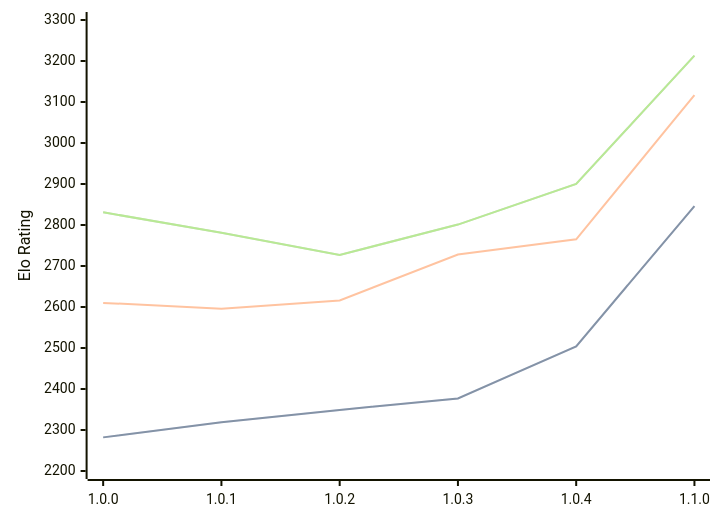
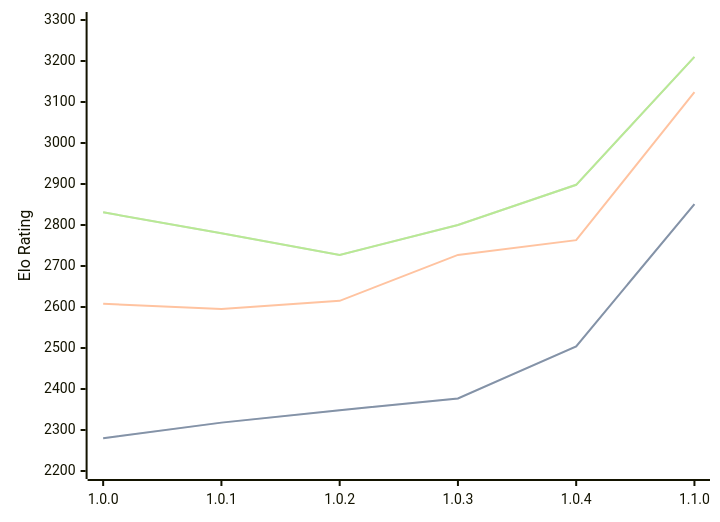
The diagram in engines/Grail.md (computer-chess-index/cci), drawn with Mermaid before and after one commit. The commit also changed other lines of this file, not shown here.

Commit message:
Update CCI Ratings (ELO VLTC) - 2026-03-08

````diff
--- a/engines/Grail.md
+++ b/engines/Grail.md
@@ -34,11 +34,11 @@
 ```mermaid
 %%{init: {"theme":"base","themeVariables":{"seriesColors:['#a3a3a3','#222221','#faa371']}}}%%
 xychart-beta
   x-axis ["1.0.0", "1.0.1", "1.0.2", "1.0.3", "1.0.4", "1.1.0"]
   y-axis "Elo Rating" 2200 --> 3300
-  line "STC (8.0+0.08s)" [2282, 2319, 2349, 2377, 2504, 2846]
-  line "STC (8.0+0.08s)" [2282, 2319, 2349, 2377, 2504, 2846]
-  line "LTC (60.0+0.60s)" [2610, 2596, 2616, 2728, 2765, 3117]
-  line "VLTC (2m24s+1.12s)" [2831, 2781, 2727, 2801, 2900, 3213]
-  line "VLTC (2m24s+1.12s)" [2831, 2781, 2727, 2801, 2900, 3213]
+  line "STC (8.0+0.08s)" [2280, 2318, 2348, 2377, 2504, 2851]
+  line "STC (8.0+0.08s)" [2280, 2318, 2348, 2377, 2504, 2851]
+  line "LTC (60.0+0.60s)" [2608, 2595, 2615, 2727, 2763, 3124]
+  line "VLTC (2m24s+1.12s)" [2831, 2780, 2727, 2800, 2898, 3210]
+  line "VLTC (2m24s+1.12s)" [2831, 2780, 2727, 2800, 2898, 3210]
 ```
````
